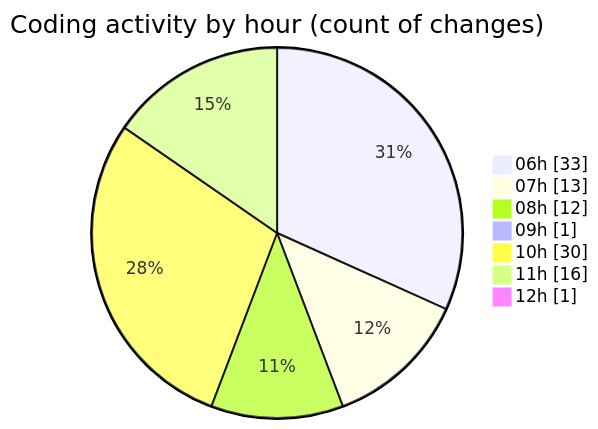
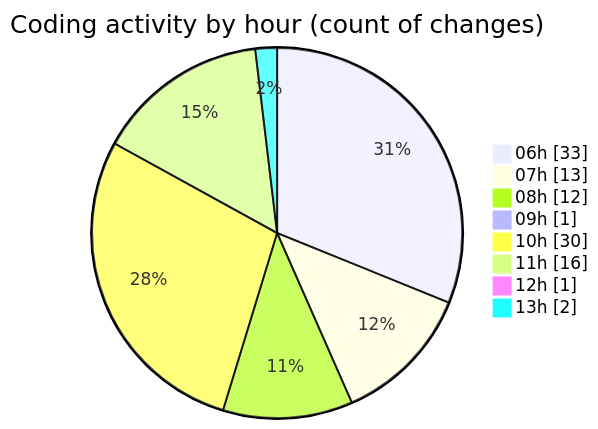
One commit to charlie-sans/code-tracking changed the second of 2 diagrams in 2025-02-21/micros/README.md. Above: the diagram before and after it, drawn with Mermaid. The commit also changed other lines of this file and 1 other file, not shown here.

````diff
--- a/2025-02-21/micros/README.md
+++ b/2025-02-21/micros/README.md
@@ -82,11 +84,12 @@
 ```mermaid
 pie showData
 title Coding activity by hour (count of changes)
 "06h" : 33
 "07h" : 13
 "08h" : 12
 "09h" : 1
 "10h" : 30
 "11h" : 16
 "12h" : 1
+"13h" : 2
 ```
````
